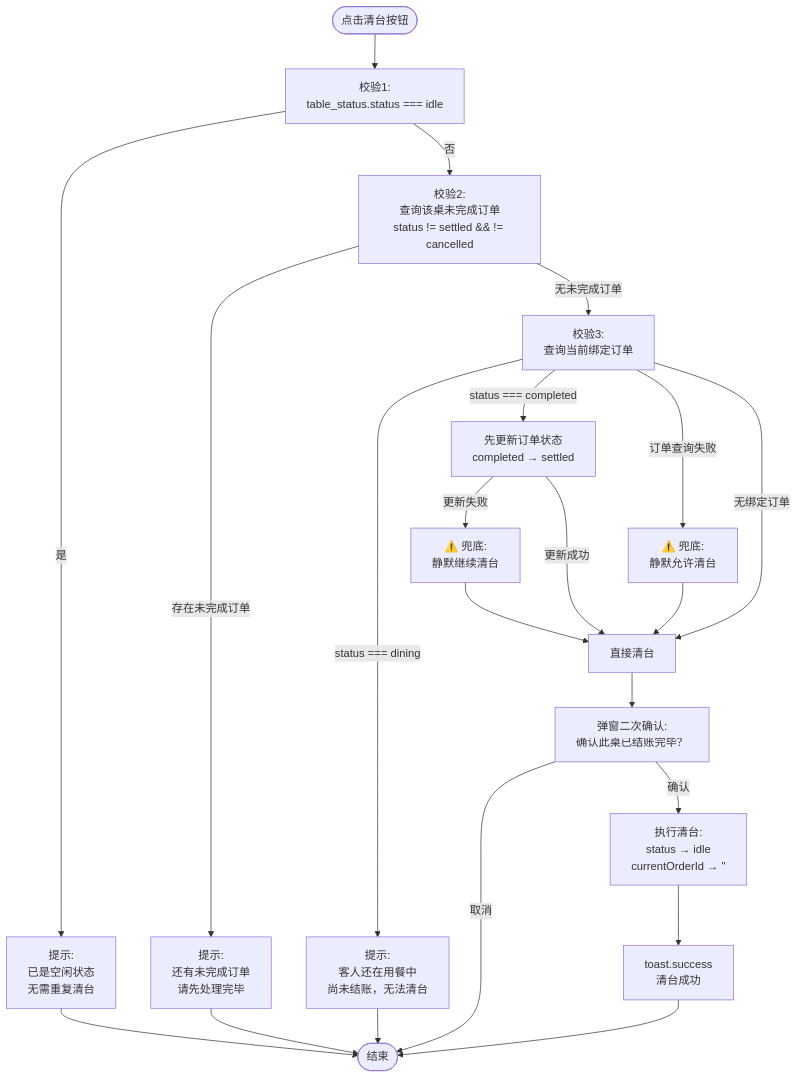
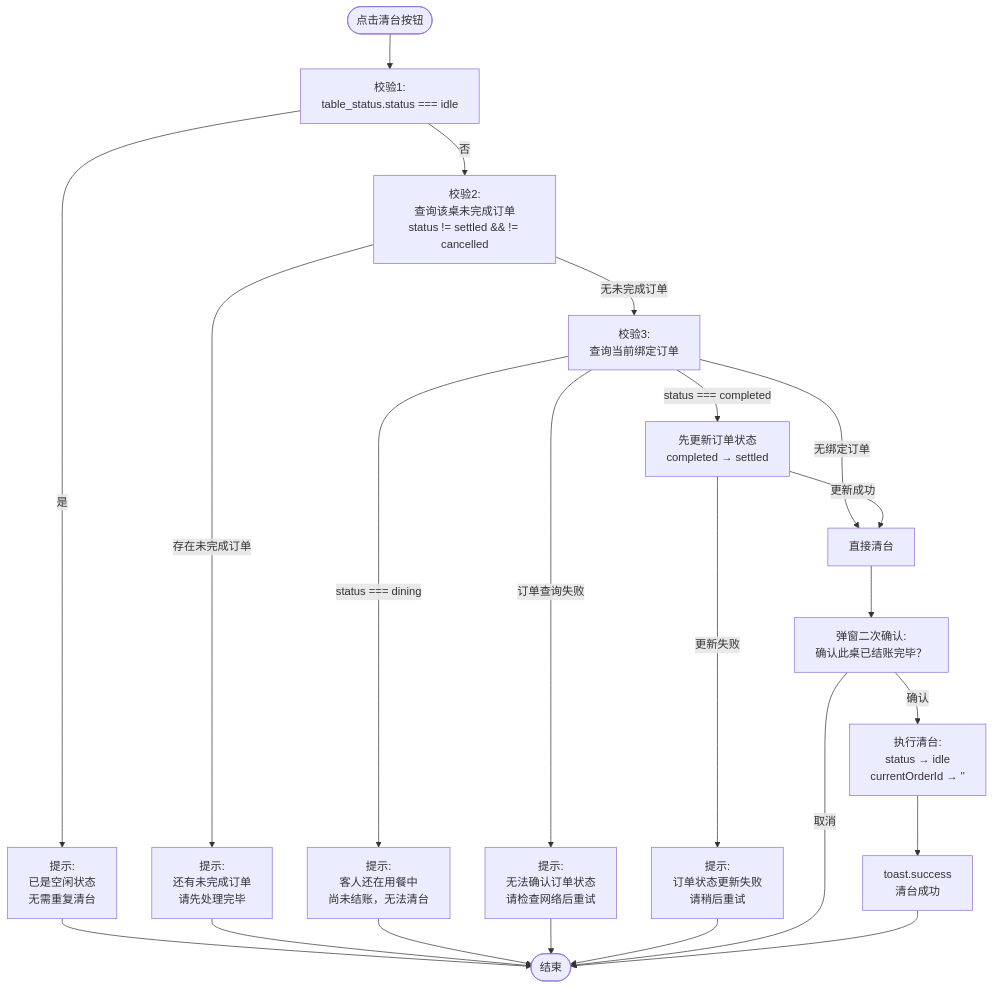
Before and after one commit to Franklee1113/restaurant-pos-vue: the seventh of 16 diagrams in docs/BUSINESS_PROCESS_FLOW.md, drawn with Mermaid. The commit also changed other lines of this file and 4 other files, not shown here.

````diff
--- a/docs/BUSINESS_PROCESS_FLOW.md
+++ b/docs/BUSINESS_PROCESS_FLOW.md
@@ -213,29 +213,29 @@
 ```mermaid
 flowchart TD
     Start3([点击清台按钮]) --> Check1[校验1:<br/>table_status.status === idle]
     Check1 -->|是| ErrA[提示:<br/>已是空闲状态<br/>无需重复清台]
     ErrA --> End3([结束])
 
     Check1 -->|否| Check2[校验2:<br/>查询该桌未完成订单<br/>status != settled && != cancelled]
     Check2 -->|存在未完成订单| ErrB[提示:<br/>还有未完成订单<br/>请先处理完毕]
     ErrB --> End3
 
     Check2 -->|无未完成订单| Check3[校验3:<br/>查询当前绑定订单]
     Check3 -->|status === dining| ErrC[提示:<br/>客人还在用餐中<br/>尚未结账，无法清台]
     ErrC --> End3
 
     Check3 -->|status === completed| Sync[先更新订单状态<br/>completed → settled]
-    Check3 -->|订单查询失败| Allow1[⚠️ 兜底:<br/>静默允许清台]
+    Check3 -->|订单查询失败| ErrD[提示:<br/>无法确认订单状态<br/>请检查网络后重试]
     Check3 -->|无绑定订单| Direct[直接清台]
 
-    Sync -->|更新失败| Allow2[⚠️ 兜底:<br/>静默继续清台]
+    Sync -->|更新失败| ErrE[提示:<br/>订单状态更新失败<br/>请稍后重试]
     Sync -->|更新成功| Direct
-    Allow1 --> Direct
-    Allow2 --> Direct
+    ErrD --> End3
+    ErrE --> End3
 
     Direct --> Confirm[弹窗二次确认:<br/>确认此桌已结账完毕？]
     Confirm -->|取消| End3
     Confirm -->|确认| Exec[执行清台:<br/>status → idle<br/>currentOrderId → '']
     Exec --> Toast[toast.success<br/>清台成功]
     Toast --> End3
 ```
````
